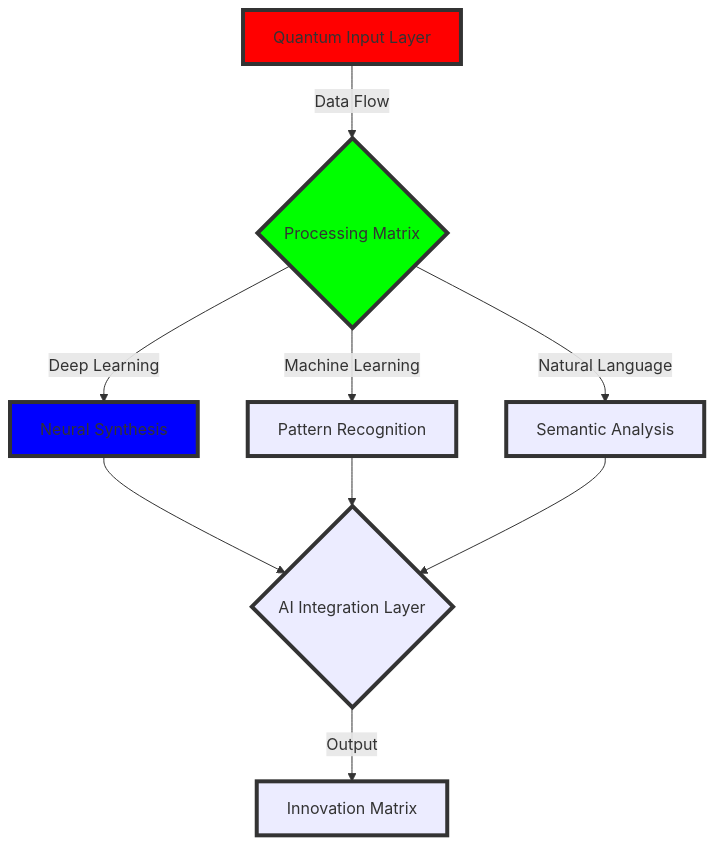
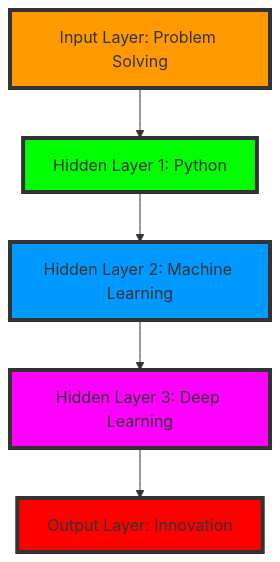
One commit to RohitVyavahare2001/Probability---Assignment changed the diagram in README.md. Above: the diagram before and after it, drawn with Mermaid. The commit also changed other lines of this file, not shown here.

````diff
--- a/README.md
+++ b/README.md
@@ -66,19 +33,12 @@
 ```mermaid
 graph TD
-    A[Quantum Input Layer] -->|Data Flow| B{Processing Matrix}
-    B -->|Deep Learning| C[Neural Synthesis]
-    B -->|Machine Learning| D[Pattern Recognition]
-    B -->|Natural Language| E[Semantic Analysis]
-    C --> F{AI Integration Layer}
-    D --> F
-    E --> F
-    F -->|Output| G[Innovation Matrix]
-    
-    style A fill:#ff0000,stroke:#333,stroke-width:4px
-    style B fill:#00ff00,stroke:#333,stroke-width:4px
-    style C fill:#0000ff,stroke:#333,stroke-width:4px
-    style D fill:#yellow,stroke:#333,stroke-width:4px
-    style E fill:#purple,stroke:#333,stroke-width:4px
-    style F fill:#orange,stroke:#333,stroke-width:4px
-    style G fill:#pink,stroke:#333,stroke-width:4px
+    A[Input Layer: Problem Solving] --> B[Hidden Layer 1: Python]
+    B --> C[Hidden Layer 2: Machine Learning]
+    C --> D[Hidden Layer 3: Deep Learning]
+    D --> E[Output Layer: Innovation]
+    style A fill:#FF9900,stroke:#333,stroke-width:4px
+    style B fill:#00FF00,stroke:#333,stroke-width:4px
+    style C fill:#0099FF,stroke:#333,stroke-width:4px
+    style D fill:#FF00FF,stroke:#333,stroke-width:4px
+    style E fill:#FF0000,stroke:#333,stroke-width:4px
 ```
````
